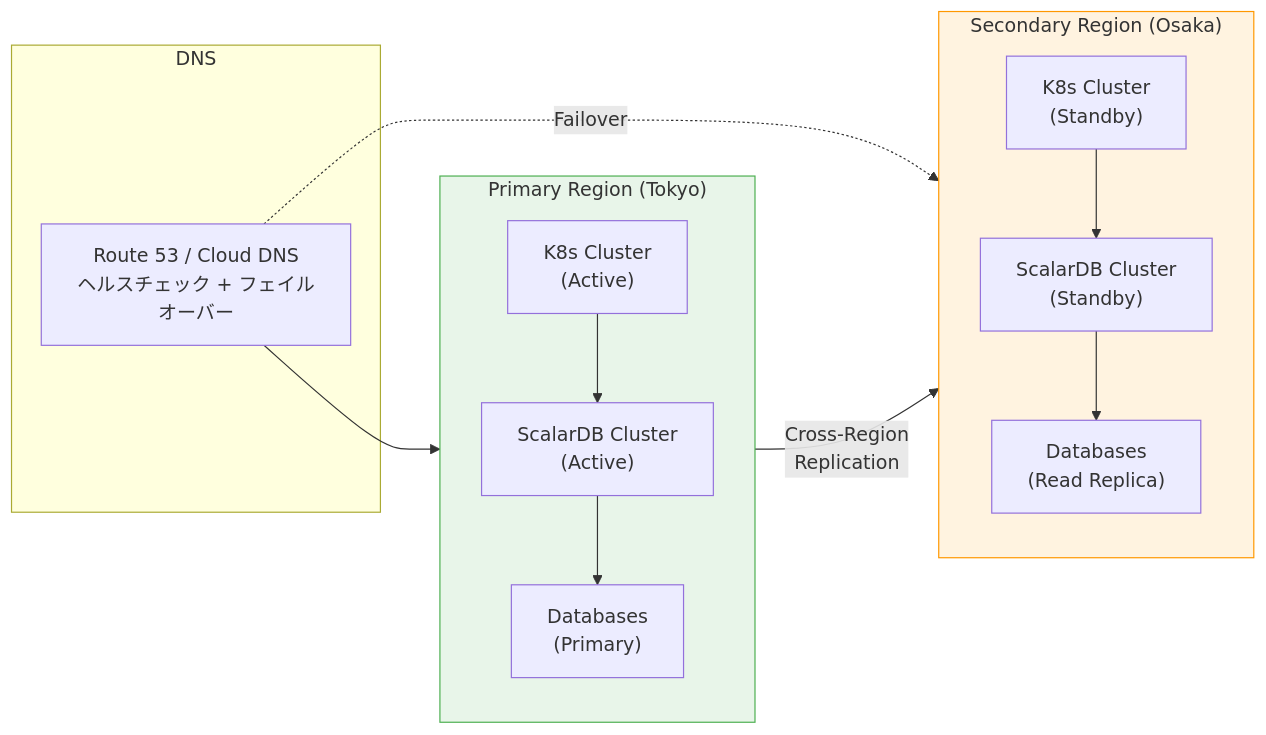
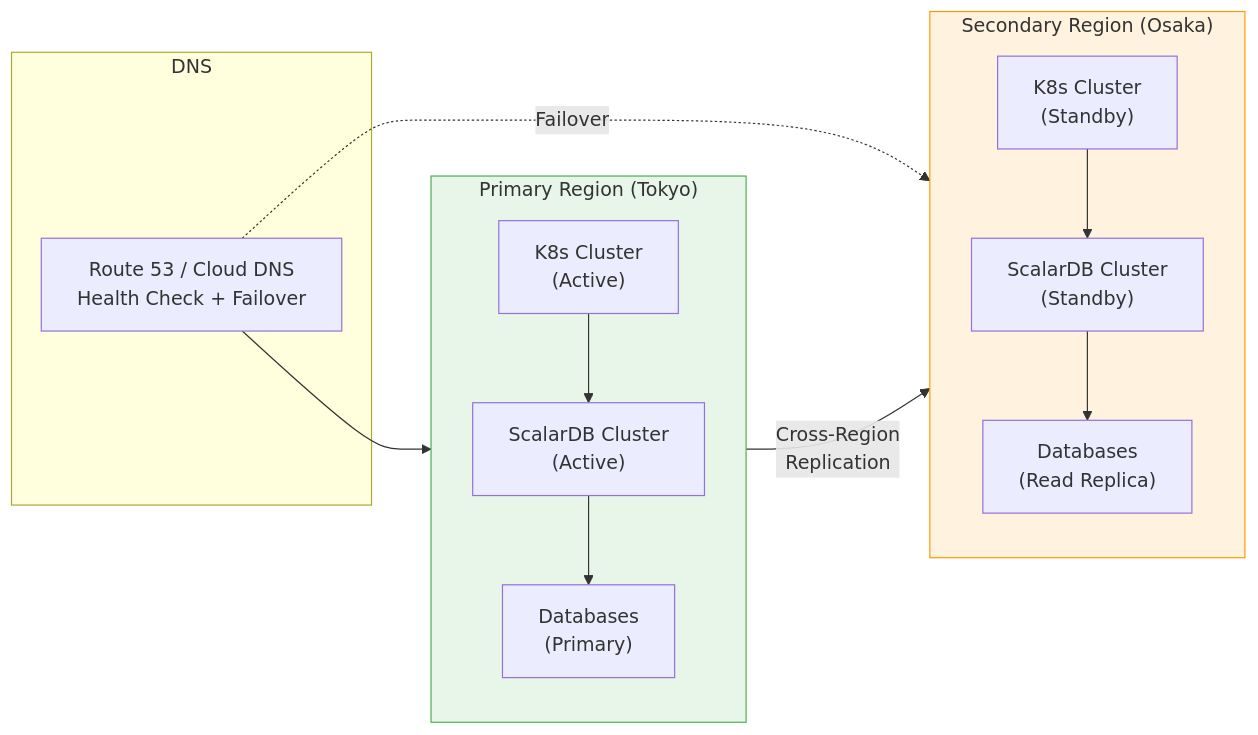
The third of 4 diagrams in workflow/greenfield/10_disaster_recovery_design.md (wfukatsu/nexus-architect), drawn with Mermaid before and after one commit. The commit also changed other lines of this file and 6 other files, not shown here.

````diff
--- a/workflow/greenfield/10_disaster_recovery_design.md
+++ b/workflow/greenfield/10_disaster_recovery_design.md
@@ -321,31 +321,31 @@
 ```mermaid
 flowchart LR
     subgraph Primary["Primary Region (Tokyo)"]
         direction TB
         K8S_P["K8s Cluster<br/>(Active)"]
         SDB_P["ScalarDB Cluster<br/>(Active)"]
         DB_P["Databases<br/>(Primary)"]
 
         K8S_P --> SDB_P --> DB_P
     end
 
     subgraph Secondary["Secondary Region (Osaka)"]
         direction TB
         K8S_S["K8s Cluster<br/>(Standby)"]
         SDB_S["ScalarDB Cluster<br/>(Standby)"]
         DB_S["Databases<br/>(Read Replica)"]
 
         K8S_S --> SDB_S --> DB_S
     end
 
     subgraph DNS_Layer["DNS"]
-        DNS["Route 53 / Cloud DNS<br/>ヘルスチェック + フェイルオーバー"]
+        DNS["Route 53 / Cloud DNS<br/>Health Check + Failover"]
     end
 
     DB_P -->|"Cross-Region<br/>Replication"| DB_S
     DNS --> Primary
     DNS -.->|"Failover"| Secondary
 
     style Primary fill:#e8f5e9,stroke:#4caf50
     style Secondary fill:#fff3e0,stroke:#ff9800
 ```
````
